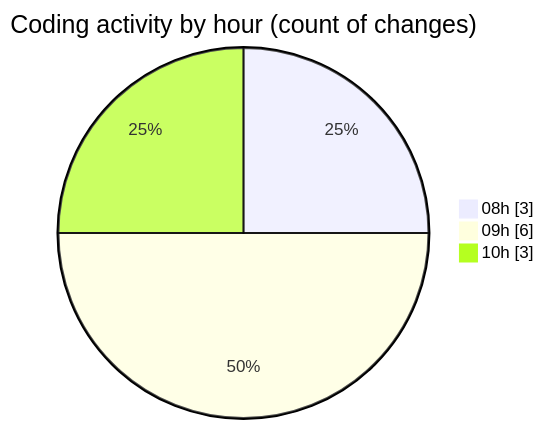
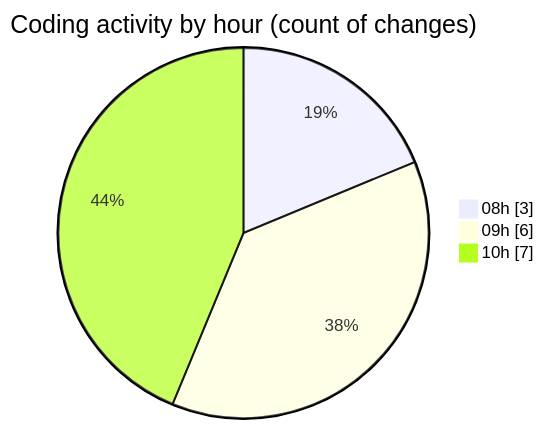
One commit to BS-eng2023/code-tracking changed the second of 2 diagrams in 2025-04-01/jsvms/README.md. Above: the diagram before and after it, drawn with Mermaid. The commit also changed other lines of this file and 1 other file, not shown here.

````diff
--- a/2025-04-01/jsvms/README.md
+++ b/2025-04-01/jsvms/README.md
@@ -38,7 +38,7 @@
 ```mermaid
 pie showData
 title Coding activity by hour (count of changes)
 "08h" : 3
 "09h" : 6
-"10h" : 3
+"10h" : 7
 ```
````
